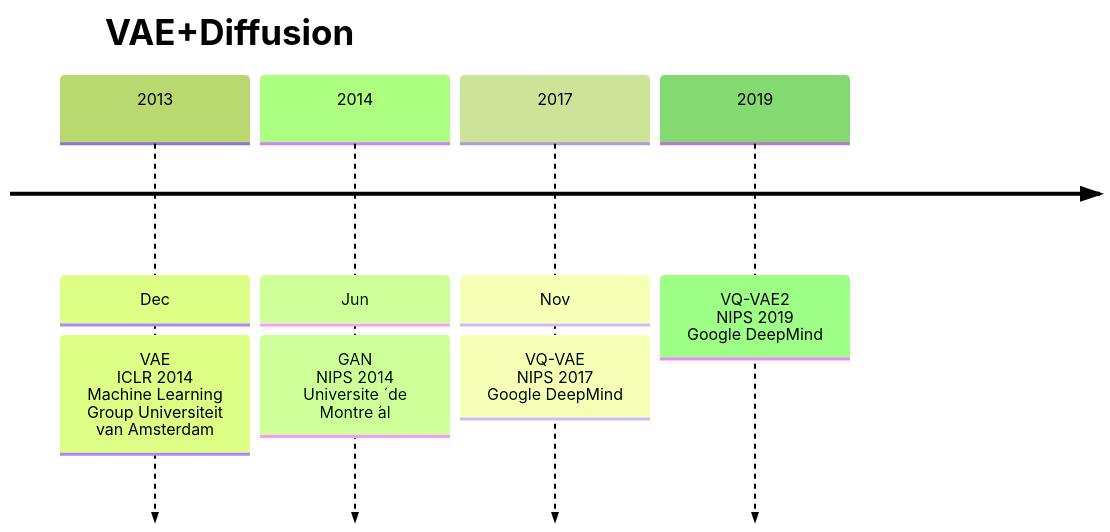
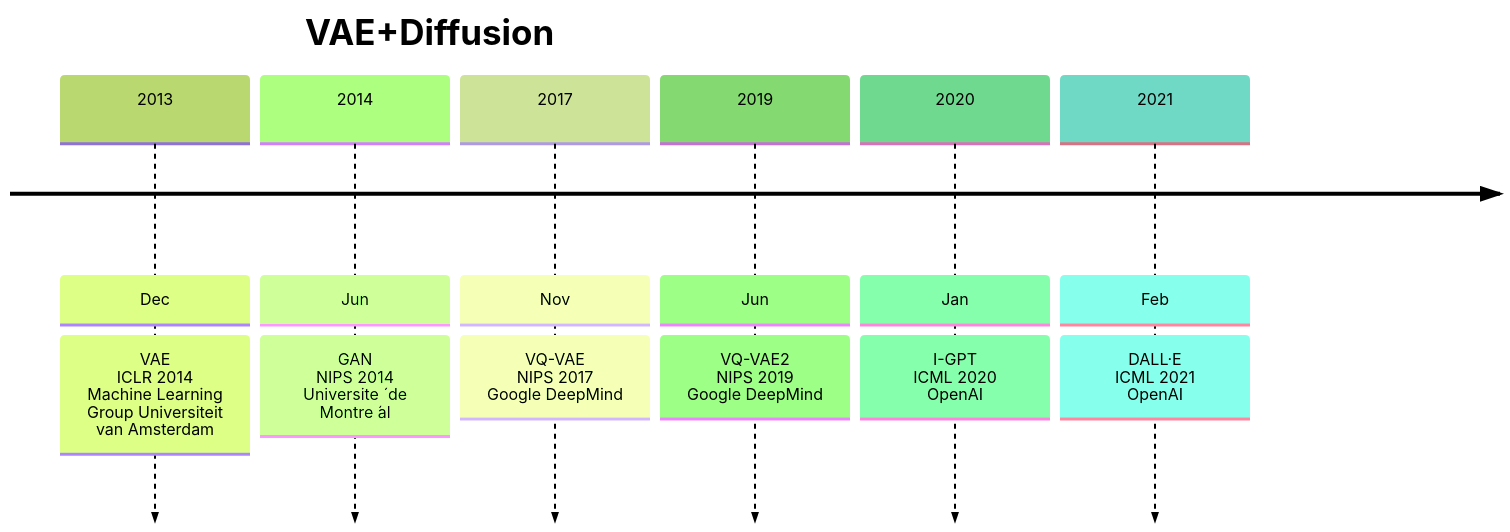
One commit to Elephant-King9/Paper changed the first of 4 diagrams in Base_Model/GAN+VAE+Diffusion/analyse.md. Above: the diagram before and after it, drawn with Mermaid (forest theme). The commit also changed other lines of this file and 6 other files, not shown here.

````diff
--- a/Base_Model/GAN+VAE+Diffusion/analyse.md
+++ b/Base_Model/GAN+VAE+Diffusion/analyse.md
@@ -5,12 +5,17 @@
 ```mermaid
 timeline
     title VAE+Diffusion
     2013 : Dec
     		 : VAE<br>ICLR 2014<br>Machine Learning Group Universiteit van Amsterdam
 
     2014 : Jun
     		 : GAN<br>NIPS 2014<br>Universite ́ de Montre ́al
     2017 : Nov
     		 : VQ-VAE<br>NIPS 2017<br>Google DeepMind
-    2019 : VQ-VAE2<br>NIPS 2019<br>Google DeepMind
+    2019 : Jun
+    		 : VQ-VAE2<br>NIPS 2019<br>Google DeepMind
+    2020 : Jan
+    		 : I-GPT<br>ICML 2020<br>OpenAI
+    2021 : Feb
+    		 : DALL·E<br>ICML 2021<br>OpenAI
 ```
````
